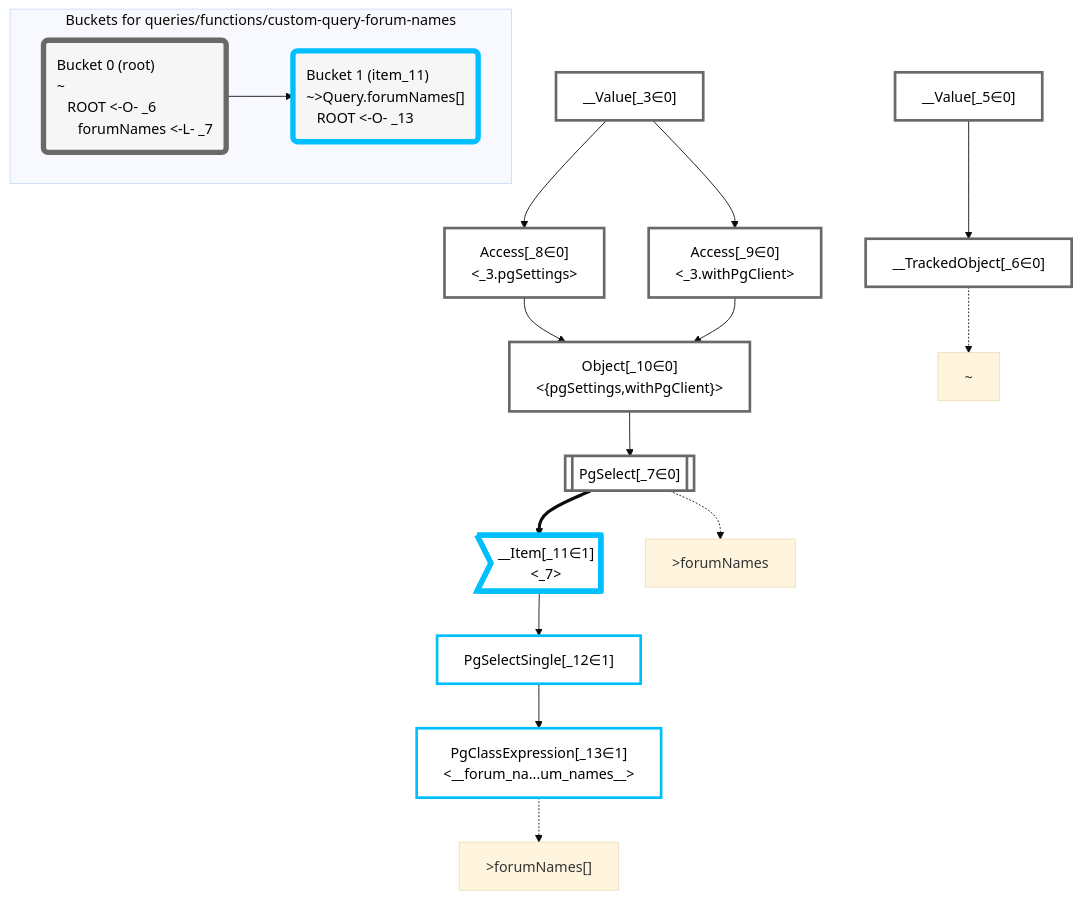
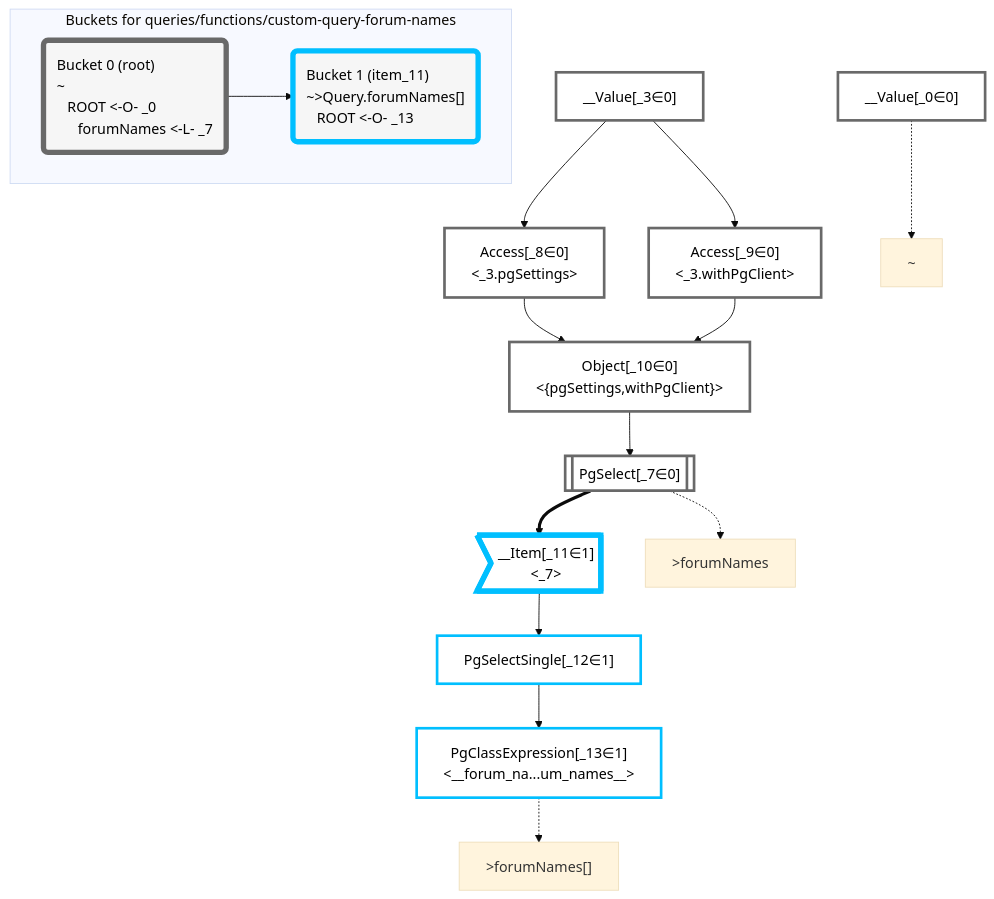
Before and after one commit to graphile/crystal: the diagram in packages/dataplan-pg/__tests__/queries/functions/custom-query-forum-names.mermaid.md, drawn with Mermaid (base theme). The commit also changed 193 other files, not shown here.

Commit message:
Update test plan snapshots with new root plan

````diff
--- a/packages/dataplan-pg/__tests__/queries/functions/custom-query-forum-names.mermaid.md
+++ b/packages/dataplan-pg/__tests__/queries/functions/custom-query-forum-names.mermaid.md
@@ -1,54 +1,52 @@
 ```mermaid
 graph TD
     classDef path fill:#eee,stroke:#000,color:#000
     classDef plan fill:#fff,stroke-width:3px,color:#000
     classDef itemplan fill:#fff,stroke-width:6px,color:#000
     classDef sideeffectplan fill:#f00,stroke-width:6px,color:#000
     classDef bucket fill:#f6f6f6,color:#000,stroke-width:6px,text-align:left
 
 
     %% define plans
+    __Value_0["__Value[_0∈0]"]:::plan
     __Value_3["__Value[_3∈0]<br /><context>"]:::plan
-    __Value_5["__Value[_5∈0]<br /><rootValue>"]:::plan
-    __TrackedObject_6["__TrackedObject[_6∈0]"]:::plan
     PgSelect_7[["PgSelect[_7∈0]<br /><forum_names>"]]:::plan
     Access_8["Access[_8∈0]<br /><_3.pgSettings>"]:::plan
     Access_9["Access[_9∈0]<br /><_3.withPgClient>"]:::plan
     Object_10["Object[_10∈0]<br /><{pgSettings,withPgClient}>"]:::plan
     __Item_11>"__Item[_11∈1]<br /><_7>"]:::itemplan
     PgSelectSingle_12["PgSelectSingle[_12∈1]<br /><text>"]:::plan
     PgClassExpression_13["PgClassExpression[_13∈1]<br /><__forum_na...um_names__>"]:::plan
 
     %% plan dependencies
-    __Value_5 --> __TrackedObject_6
     Object_10 --> PgSelect_7
     __Value_3 --> Access_8
     __Value_3 --> Access_9
     Access_8 --> Object_10
     Access_9 --> Object_10
     PgSelect_7 ==> __Item_11
     __Item_11 --> PgSelectSingle_12
     PgSelectSingle_12 --> PgClassExpression_13
 
     %% plan-to-path relationships
-    P_6["~"]
-    __TrackedObject_6 -.-> P_6
+    P_0["~"]
+    __Value_0 -.-> P_0
     P_7[">forumNames"]
     PgSelect_7 -.-> P_7
     P_13[">forumNames[]"]
     PgClassExpression_13 -.-> P_13
 
     %% allocate buckets
     classDef bucket0 stroke:#696969
-    class __Value_3,__Value_5,__TrackedObject_6,PgSelect_7,Access_8,Access_9,Object_10 bucket0
+    class __Value_0,__Value_3,PgSelect_7,Access_8,Access_9,Object_10 bucket0
     classDef bucket1 stroke:#00bfff
     class __Item_11,PgSelectSingle_12,PgClassExpression_13 bucket1
 
     subgraph "Buckets for queries/functions/custom-query-forum-names"
-    Bucket0("Bucket 0 (root)<br />~<br />⠀ROOT <-O- _6<br />⠀⠀forumNames <-L- _7"):::bucket
+    Bucket0("Bucket 0 (root)<br />~<br />⠀ROOT <-O- _0<br />⠀⠀forumNames <-L- _7"):::bucket
     style Bucket0 stroke:#696969
     Bucket1("Bucket 1 (item_11)<br />~>Query.forumNames[]<br />⠀ROOT <-O- _13"):::bucket
     style Bucket1 stroke:#00bfff
     Bucket0 --> Bucket1
     end
 ```
````
